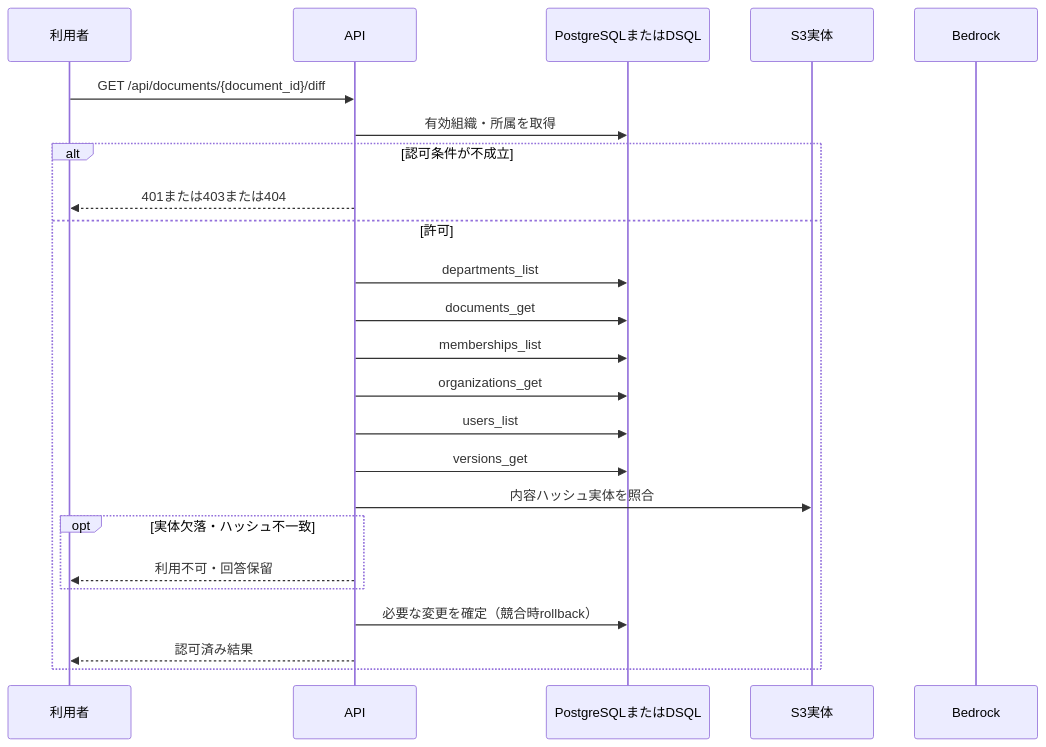
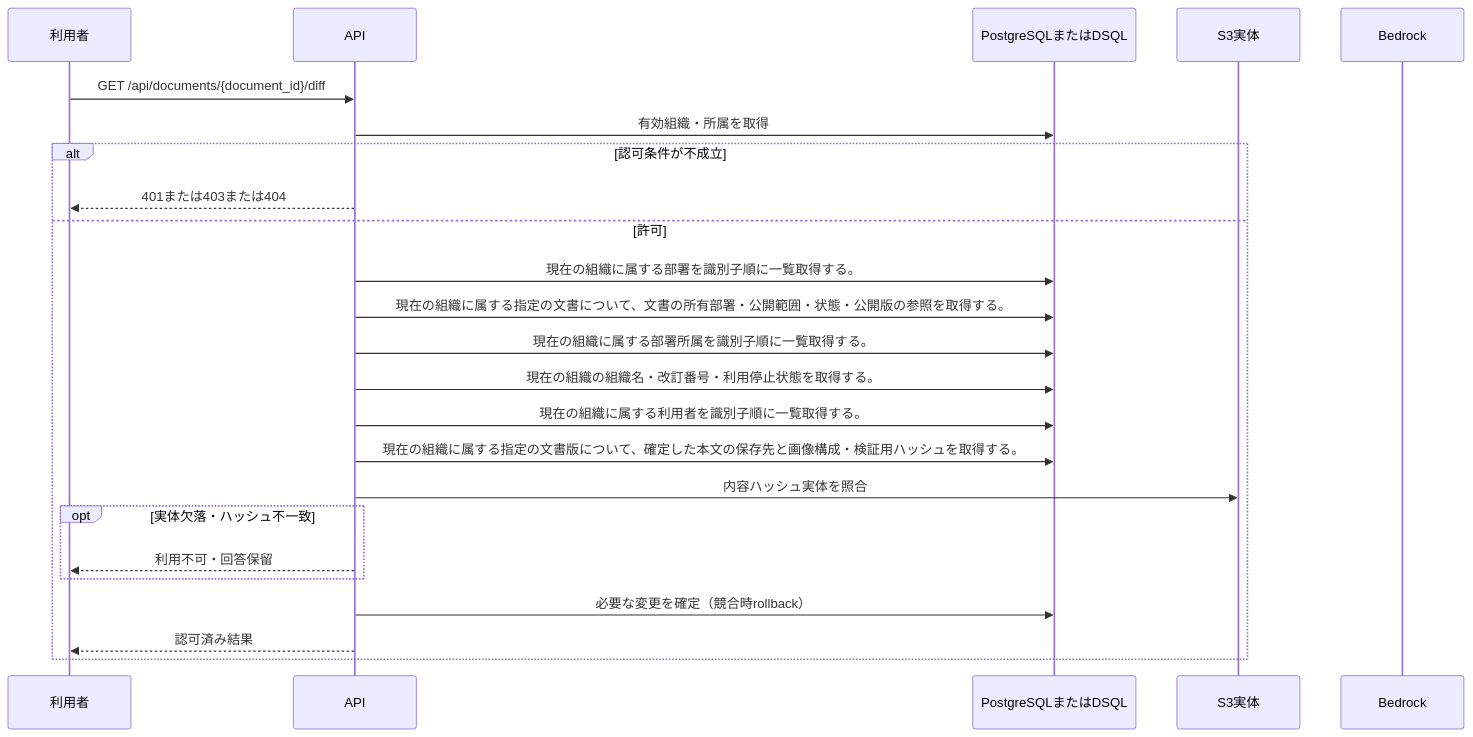
Before and after one commit to tsuji-tomonori/KotoRelay: the diagram in docs/design/generated/api/documents/version_diff/sequence.md, drawn with Mermaid. The commit also changed other lines of this file and 286 other files, not shown here.

````diff
--- a/docs/design/generated/api/documents/version_diff/sequence.md
+++ b/docs/design/generated/api/documents/version_diff/sequence.md
@@ -7,26 +7,26 @@
 ```mermaid
 sequenceDiagram
     participant U as 利用者
     participant A as API
     participant D as PostgreSQLまたはDSQL
     participant S as S3実体
     participant M as Bedrock
     U->>A: GET /api/documents/{document_id}/diff
     A->>D: 有効組織・所属を取得
     alt 認可条件が不成立
         A-->>U: 401または403または404
     else 許可
-        A->>D: departments_list
-        A->>D: documents_get
-        A->>D: memberships_list
-        A->>D: organizations_get
-        A->>D: users_list
-        A->>D: versions_get
+        A->>D: 現在の組織に属する部署を識別子順に一覧取得する。
+        A->>D: 現在の組織に属する指定の文書について、文書の所有部署・公開範囲・状態・公開版の参照を取得する。
+        A->>D: 現在の組織に属する部署所属を識別子順に一覧取得する。
+        A->>D: 現在の組織の組織名・改訂番号・利用停止状態を取得する。
+        A->>D: 現在の組織に属する利用者を識別子順に一覧取得する。
+        A->>D: 現在の組織に属する指定の文書版について、確定した本文の保存先と画像構成・検証用ハッシュを取得する。
         A->>S: 内容ハッシュ実体を照合
         opt 実体欠落・ハッシュ不一致
             A-->>U: 利用不可・回答保留
         end
         A->>D: 必要な変更を確定（競合時rollback）
         A-->>U: 認可済み結果
     end
 ```
````
